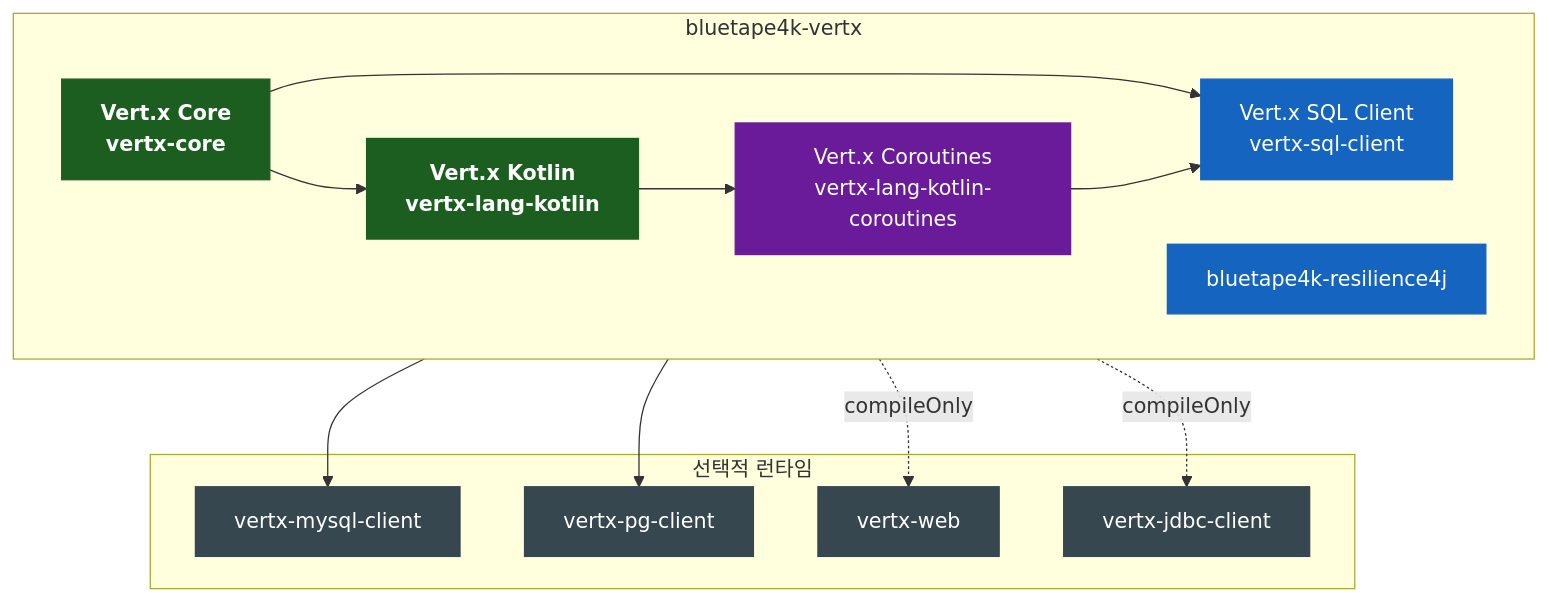
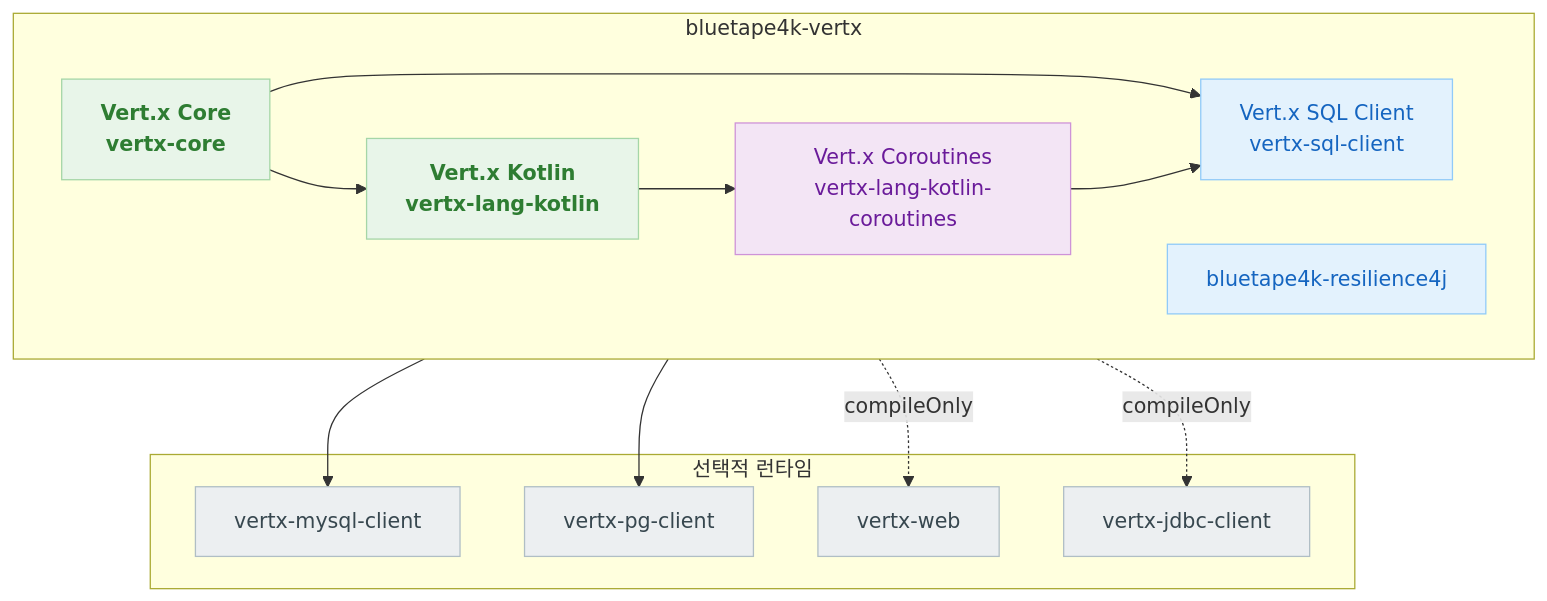
One commit to bluetape4k/bluetape4k-projects changed the first of 4 diagrams in io/vertx/README.ko.md. Above: the diagram before and after it, drawn with Mermaid. The commit also changed other lines of this file and 219 other files, not shown here.

First line of the commit message:
docs: 전체 README Mermaid 다이어그램 가이드 적용

````diff
--- a/io/vertx/README.ko.md
+++ b/io/vertx/README.ko.md
@@ -71,35 +71,35 @@
 ```mermaid
 flowchart TD
     subgraph bluetape4k-vertx
         CORE[Vert.x Core<br/>vertx-core]
         KOTLIN[Vert.x Kotlin<br/>vertx-lang-kotlin]
         COROUTINES[Vert.x Coroutines<br/>vertx-lang-kotlin-coroutines]
         SQL[Vert.x SQL Client<br/>vertx-sql-client]
         R4J[bluetape4k-resilience4j]
     end
 
     subgraph 선택적 런타임
         MYSQL[vertx-mysql-client]
         PG[vertx-pg-client]
         WEB[vertx-web]
         JDBC[vertx-jdbc-client]
     end
 
     CORE --> KOTLIN --> COROUTINES
     CORE --> SQL
     COROUTINES --> SQL
     bluetape4k-vertx --> MYSQL
     bluetape4k-vertx --> PG
     bluetape4k-vertx -.->|compileOnly| WEB
     bluetape4k-vertx -.->|compileOnly| JDBC
 
-    classDef coreStyle fill:#1B5E20,stroke:#1B5E20,color:#FFFFFF,font-weight:bold
-    classDef asyncStyle fill:#6A1B9A,stroke:#6A1B9A,color:#FFFFFF
-    classDef serviceStyle fill:#1565C0,stroke:#1565C0,color:#FFFFFF
-    classDef extStyle fill:#37474F,stroke:#37474F,color:#FFFFFF
+    classDef coreStyle fill:#E8F5E9,stroke:#A5D6A7,color:#2E7D32,font-weight:bold
+    classDef asyncStyle fill:#F3E5F5,stroke:#CE93D8,color:#6A1B9A
+    classDef serviceStyle fill:#E3F2FD,stroke:#90CAF9,color:#1565C0
+    classDef extStyle fill:#ECEFF1,stroke:#B0BEC5,color:#37474F
 
     class CORE,KOTLIN coreStyle
     class COROUTINES asyncStyle
     class SQL,R4J serviceStyle
     class MYSQL,PG,WEB,JDBC extStyle
 ```
````
